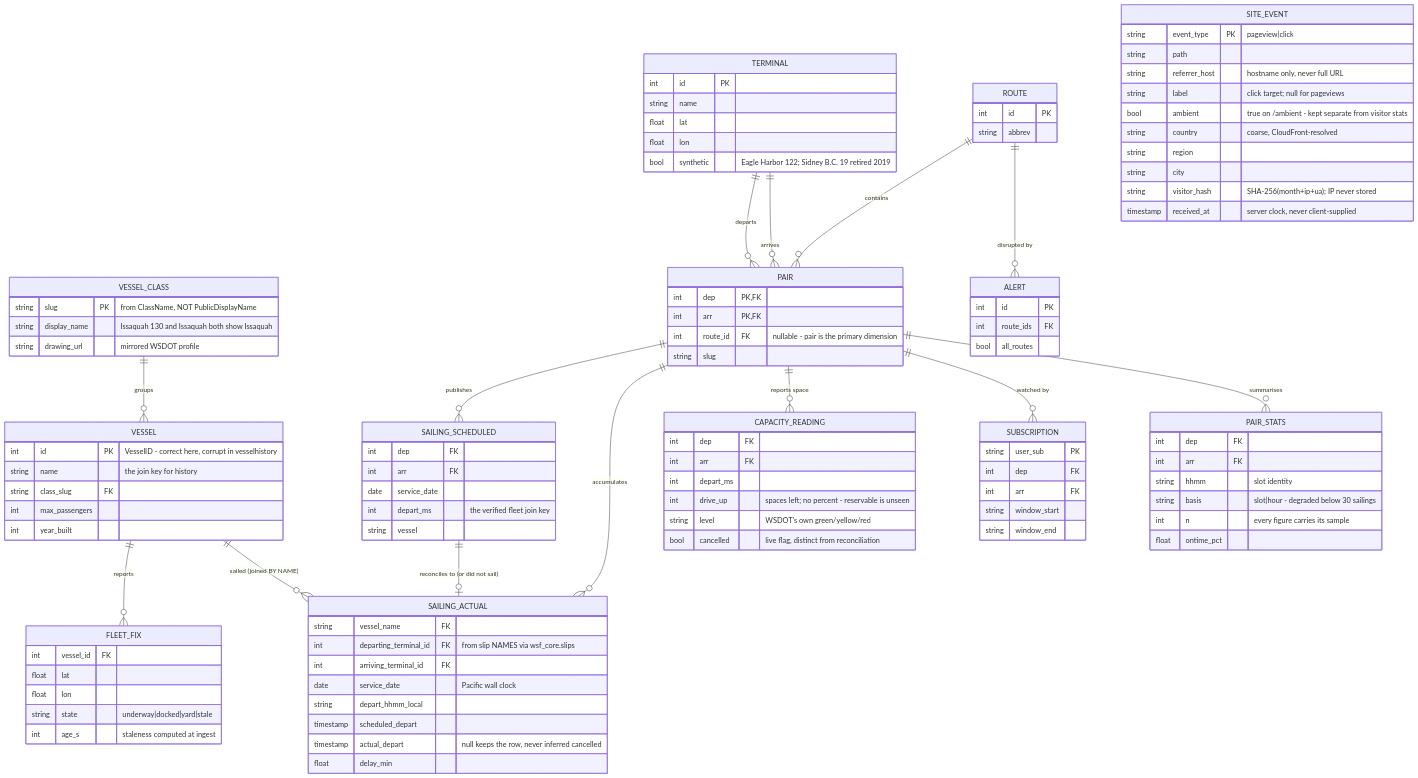
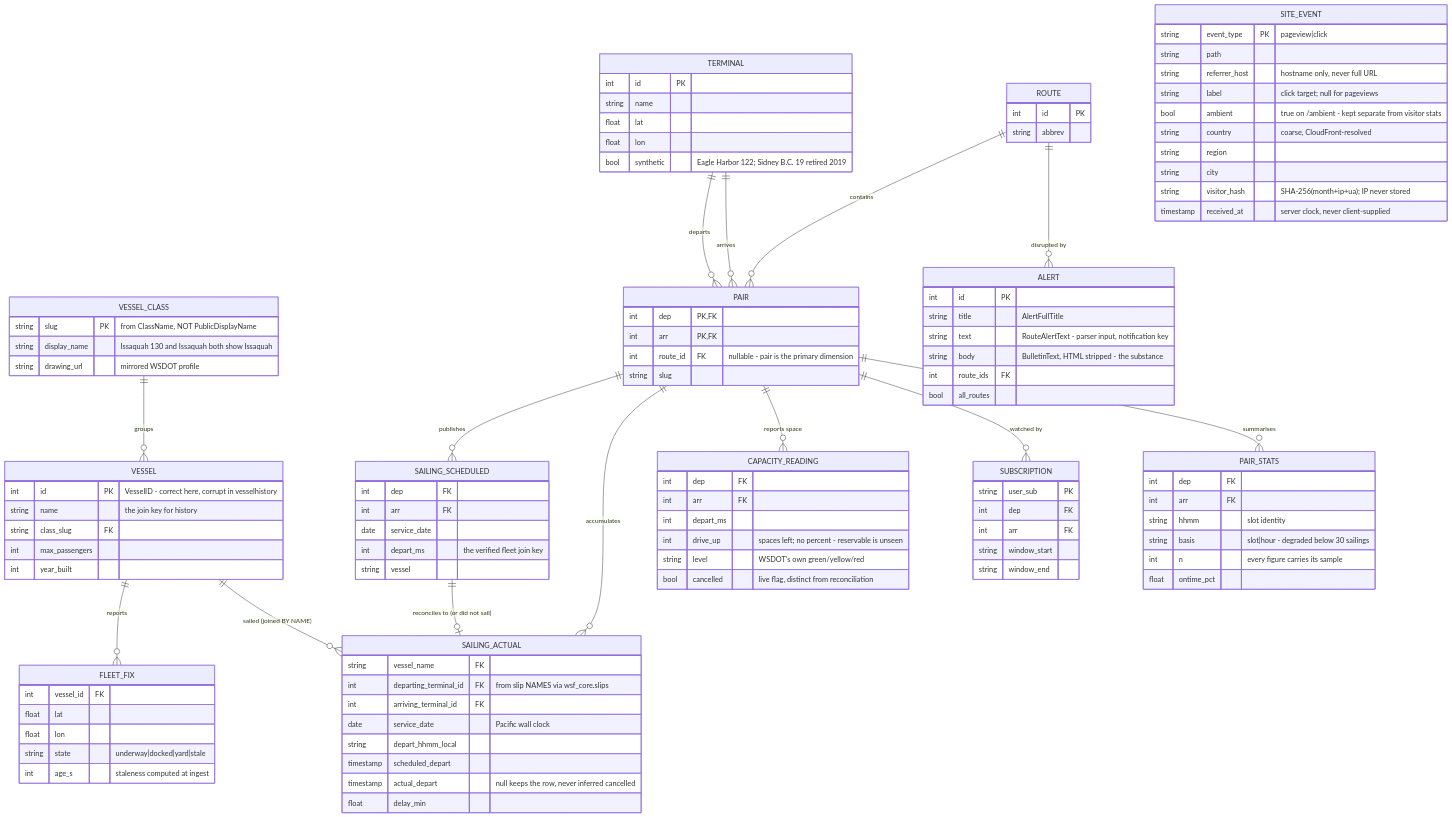
Before and after one commit to ryankirkland/wsf-ferry-companion: the fourth of 4 diagrams in docs/architecture.md, drawn with Mermaid. The commit also changed other lines of this file and 23 other files, not shown here.

```diff
--- a/docs/architecture.md
+++ b/docs/architecture.md
@@ -374,6 +374,9 @@
     }
     ALERT {
         int id PK
+        string title "AlertFullTitle"
+        string text "RouteAlertText - parser input, notification key"
+        string body "BulletinText, HTML stripped - the substance"
         int route_ids FK
         bool all_routes
     }
```
